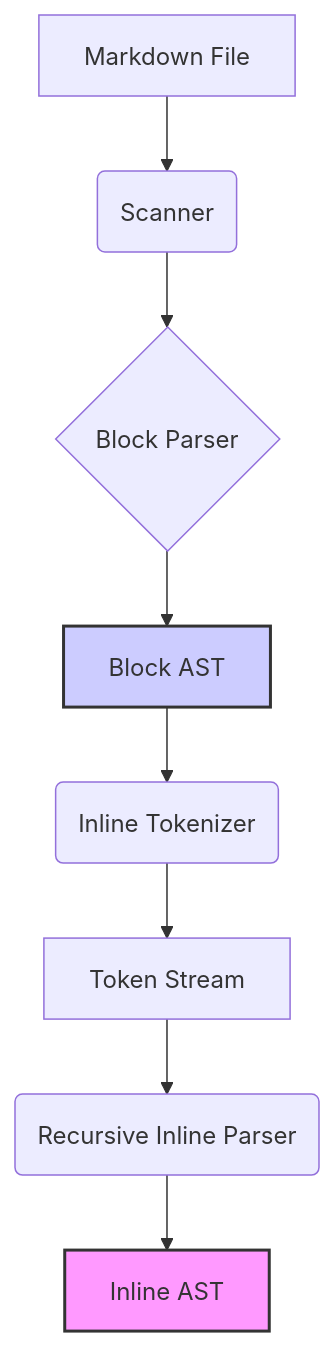
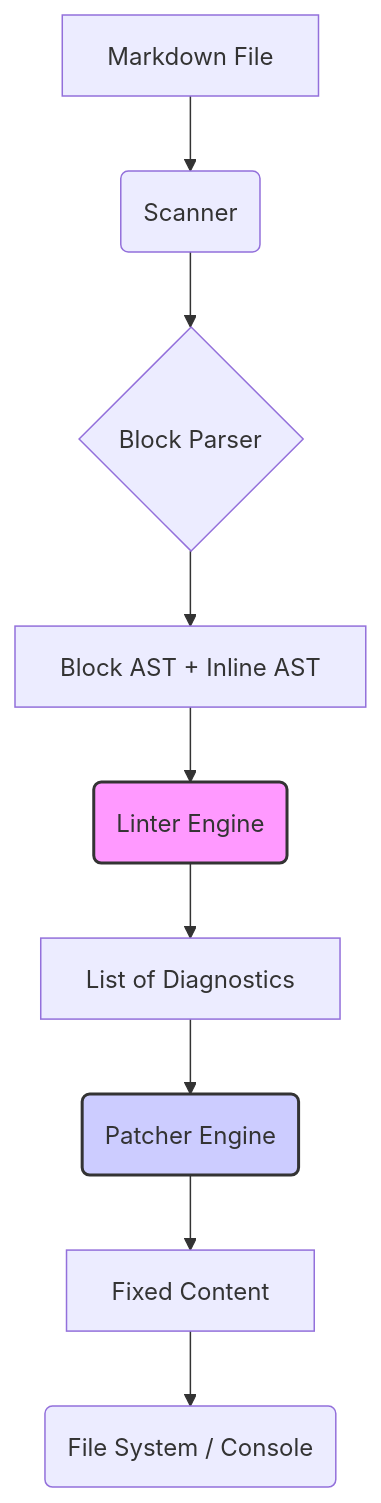
One commit to ricci-git/mdfix changed the diagram in docs/PROJECT_STATE.md. Above: the diagram before and after it, drawn with Mermaid. The commit also changed other lines of this file and 1 other file, not shown here.

````diff
--- a/docs/PROJECT_STATE.md
+++ b/docs/PROJECT_STATE.md
@@ -69,13 +45,14 @@
 ```mermaid
 graph TD
     A[Markdown File] --> B(Scanner)
     B --> C{Block Parser}
-    C --> D[Block AST]
-    D --> E(Inline Tokenizer)
-    E --> F[Token Stream]
-    F --> G(Recursive Inline Parser)
-    G --> H[Inline AST]
-
-    style H fill:#f9f,stroke:#333,stroke-width:2px
-    style D fill:#ccf,stroke:#333,stroke-width:2px
+    C --> D[Block AST + Inline AST]
+    D --> E(Linter Engine)
+    E --> F[List of Diagnostics]
+    F --> G(Patcher Engine)
+    G --> H[Fixed Content]
+    H --> I(File System / Console)
+    
+    style E fill:#f9f,stroke:#333,stroke-width:2px
+    style G fill:#ccf,stroke:#333,stroke-width:2px
 ```
````
